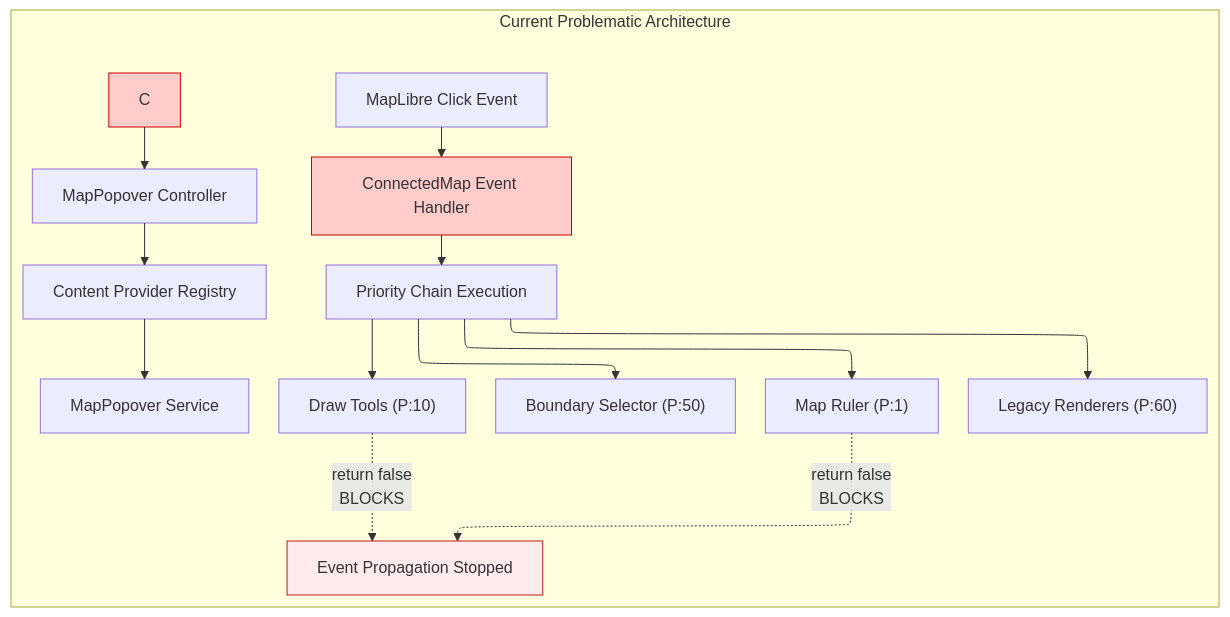
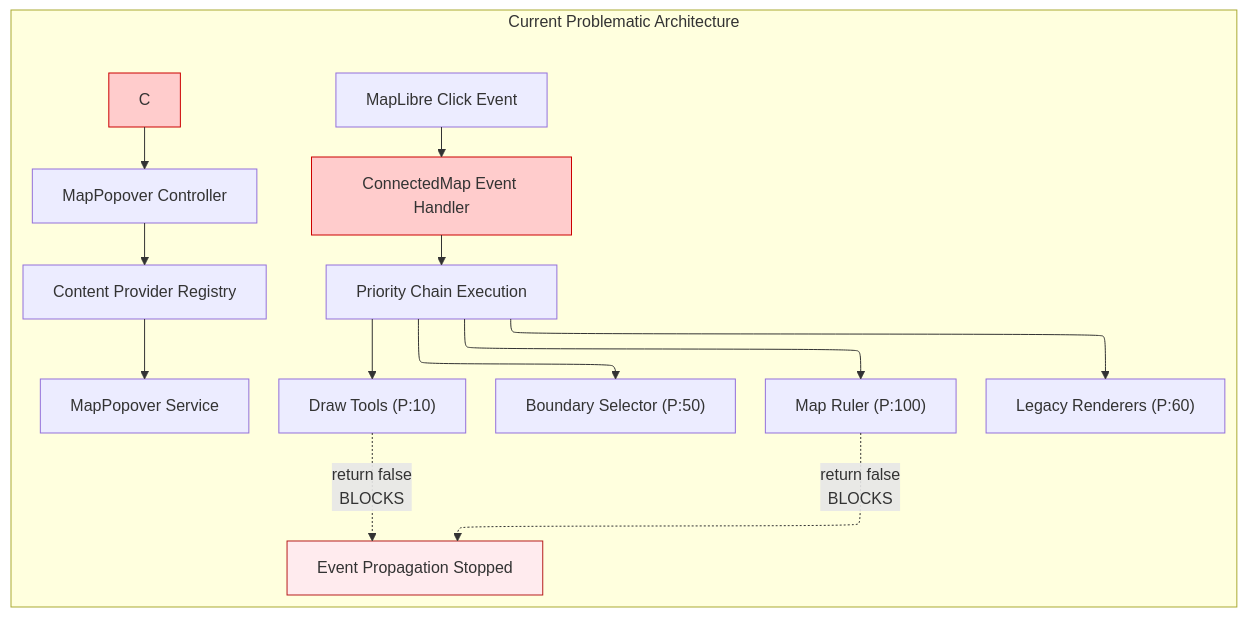
One commit to konturio/disaster-ninja-fe changed the first of 2 diagrams in docs/architecture/ADR-002-MapPopover-Event-System-Integration.md. Above: the diagram before and after it, drawn with Mermaid. The commit also changed other lines of this file and 3 other files, not shown here.

First line of the commit message:
fix(map-ruler): disable layer clicks during measurement (#1236)

````diff
--- a/docs/architecture/ADR-002-MapPopover-Event-System-Integration.md
+++ b/docs/architecture/ADR-002-MapPopover-Event-System-Integration.md
@@ -38,27 +38,27 @@
 ```mermaid
 ---
 config:
   layout: elk
 ---
 graph TD
     subgraph "Current Problematic Architecture"
         A["MapLibre Click Event"] --> B["ConnectedMap Event Handler"]
 
         B --> D["Priority Chain Execution"]
-        D --> E1["Map Ruler (P:1)"]
+        D --> E1["Map Ruler (P:100)"]
         D --> E2["Draw Tools (P:10)"]
         D --> E3["Boundary Selector (P:50)"]
         D --> E4["Legacy Renderers (P:60)"]
 
         C --> F["MapPopover Controller"]
         F --> G["Content Provider Registry"]
         G --> H["MapPopover Service"]
 
         E1 -.->|"return false<br/>BLOCKS"| I["Event Propagation Stopped"]
         E2 -.->|"return false<br/>BLOCKS"| I
 
         style B fill:#ffcccc,stroke:#cc0000
         style C fill:#ffcccc,stroke:#cc0000
         style I fill:#ffebee,stroke:#b71c1c
     end
 ```
````
